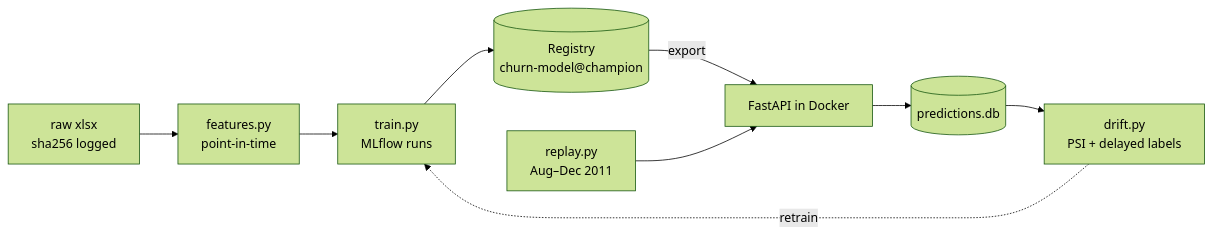
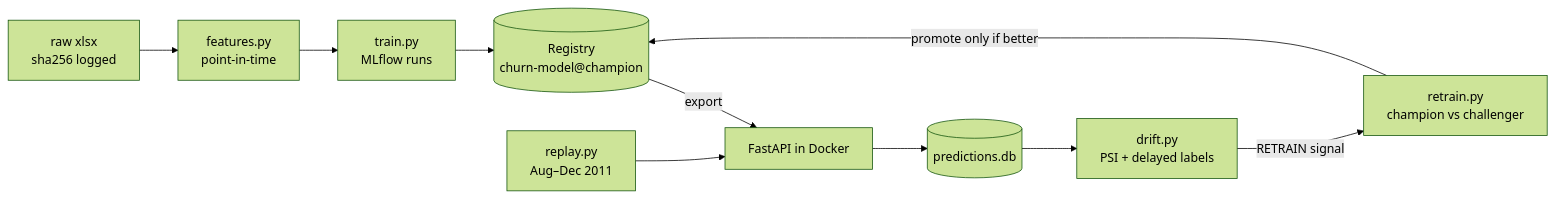
One commit to zxmry/Churn-MlOps-Project changed the diagram in README.md. Above: the diagram before and after it, drawn with Mermaid (forest theme). The commit also changed other lines of this file and 26 other files, not shown here.

First line of the commit message:
Phase 1+3: drop tenure_days (v3), bootstrap CIs, champion/challenger retrain

````diff
--- a/README.md
+++ b/README.md
@@ -9,11 +9,12 @@
 ```mermaid
 flowchart LR
     A["raw xlsx<br/>sha256 logged"] --> B["features.py<br/>point-in-time"]
     B --> C["train.py<br/>MLflow runs"]
     C --> D[("Registry<br/>churn-model@champion")]
     D -->|export| E["FastAPI in Docker"]
     F["replay.py<br/>Aug–Dec 2011"] --> E
     E --> G[("predictions.db")]
     G --> H["drift.py<br/>PSI + delayed labels"]
-    H -.->|retrain| C
+    H -->|"RETRAIN signal"| I["retrain.py<br/>champion vs challenger"]
+    I -->|"promote only if better"| D
 ```
````
